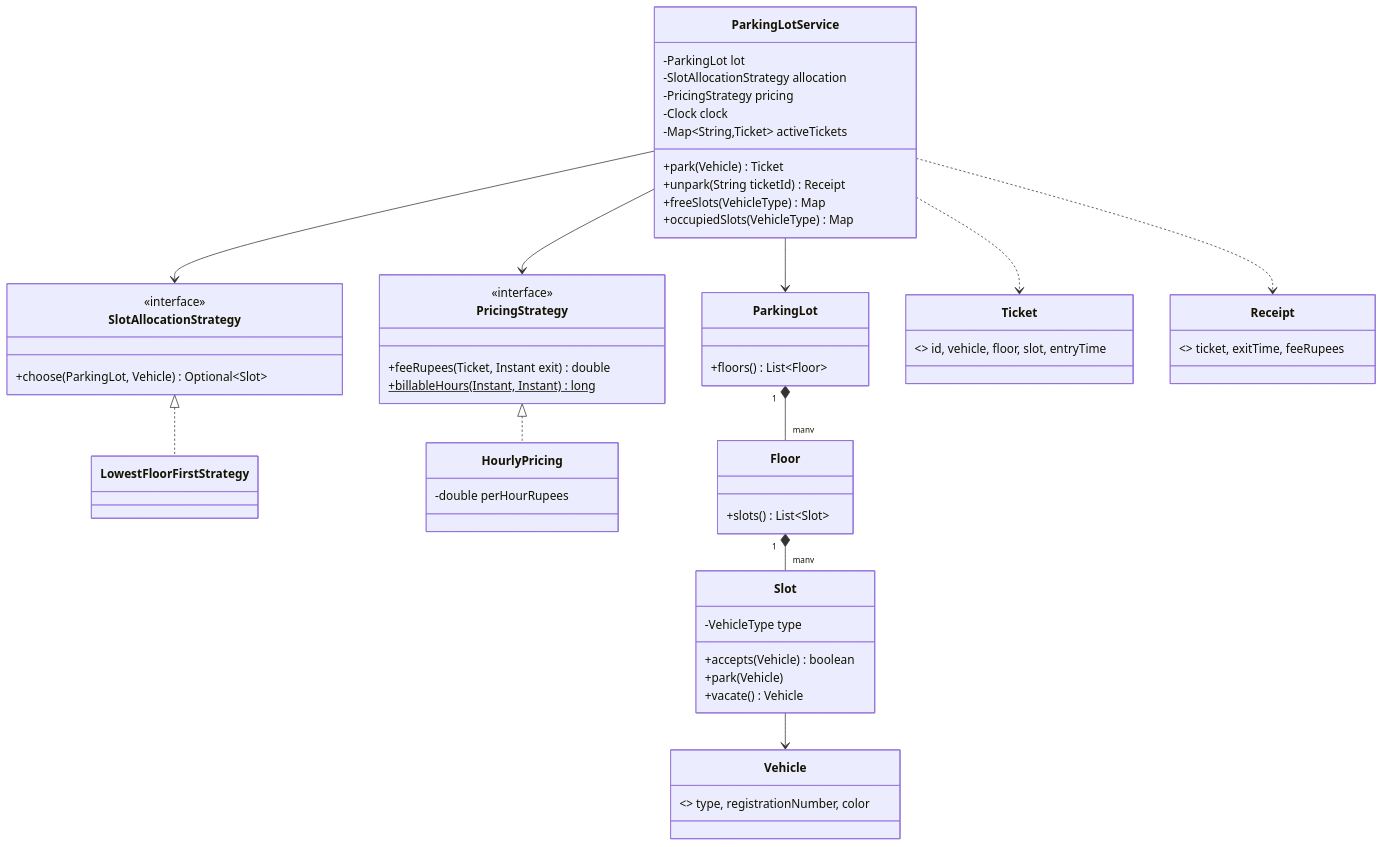
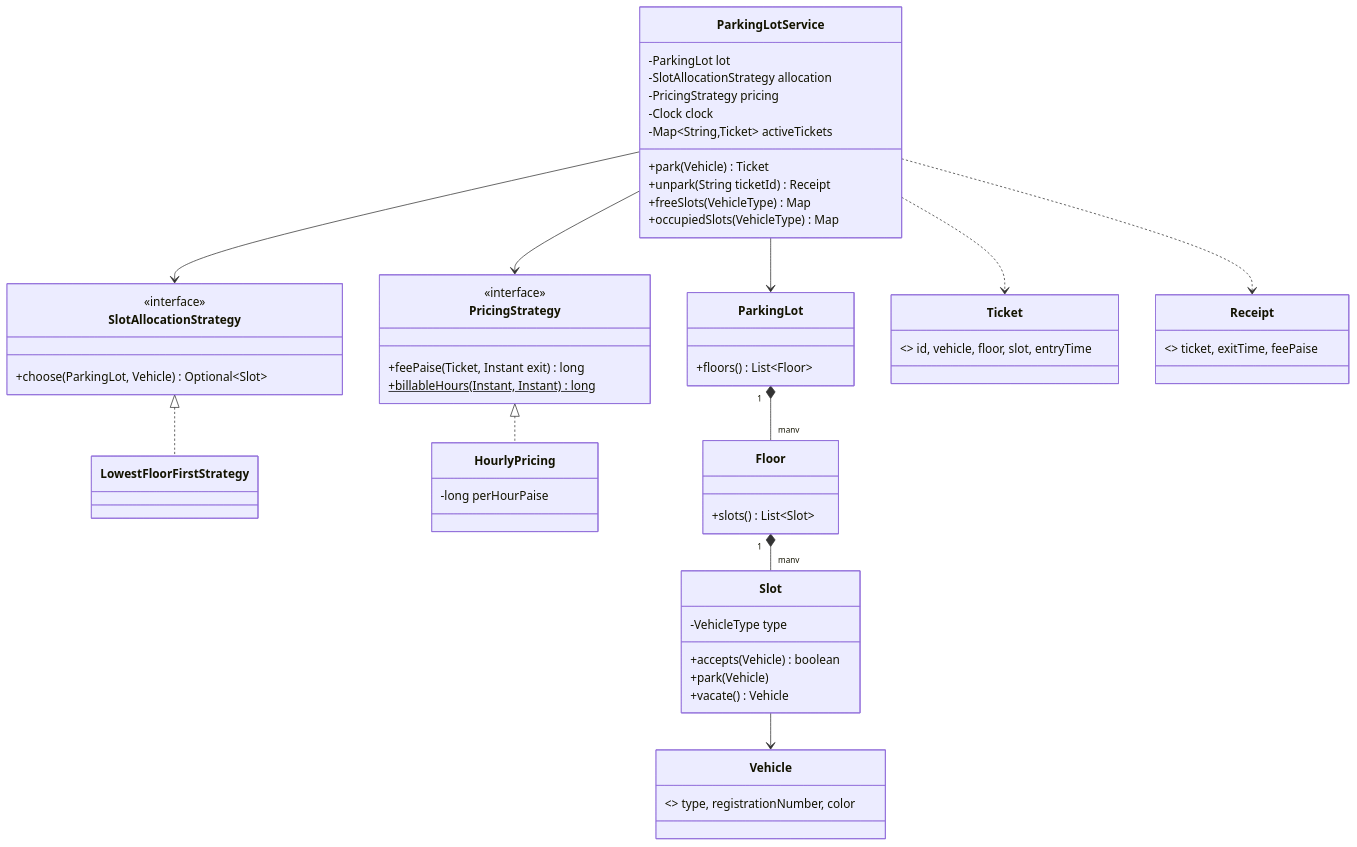
Before and after one commit to zekkrron/cs-knowledge-base: the first of 7 diagrams in LLD/Problems/01 - Parking Lot.md, drawn with Mermaid. The commit also changed other lines of this file and 55 other files, not shown here.

Commit message:
HLD: diagram per version rule, ladder diagrams for Seat Booking and URL Shortener, remove old-format problems and Netflix note; LLD: diagram per extension, parking lot money back to paise

````diff
--- a/LLD/Problems/01 - Parking Lot.md
+++ b/LLD/Problems/01 - Parking Lot.md
@@ -84,46 +84,46 @@
 ```mermaid
 classDiagram
     class ParkingLotService {
         -ParkingLot lot
         -SlotAllocationStrategy allocation
         -PricingStrategy pricing
         -Clock clock
         -Map~String,Ticket~ activeTickets
         +park(Vehicle) Ticket
         +unpark(String ticketId) Receipt
         +freeSlots(VehicleType) Map
         +occupiedSlots(VehicleType) Map
     }
     class SlotAllocationStrategy {
         <<interface>>
         +choose(ParkingLot, Vehicle) Optional~Slot~
     }
     class LowestFloorFirstStrategy
     class PricingStrategy {
         <<interface>>
-        +feeRupees(Ticket, Instant exit) double
+        +feePaise(Ticket, Instant exit) long
         +billableHours(Instant, Instant)$ long
     }
-    class HourlyPricing { -double perHourRupees }
+    class HourlyPricing { -long perHourPaise }
     class ParkingLot { +floors() List~Floor~ }
     class Floor { +slots() List~Slot~ }
     class Slot {
         -VehicleType type
         +accepts(Vehicle) boolean
         +park(Vehicle)
         +vacate() Vehicle
     }
     class Ticket { <<record>> id, vehicle, floor, slot, entryTime }
-    class Receipt { <<record>> ticket, exitTime, feeRupees }
+    class Receipt { <<record>> ticket, exitTime, feePaise }
     class Vehicle { <<record>> type, registrationNumber, color }
     ParkingLotService --> ParkingLot
     ParkingLotService --> SlotAllocationStrategy
     ParkingLotService --> PricingStrategy
     SlotAllocationStrategy <|.. LowestFloorFirstStrategy
     PricingStrategy <|.. HourlyPricing
     ParkingLot "1" *-- "many" Floor
     Floor "1" *-- "many" Slot
     Slot --> Vehicle
     ParkingLotService ..> Ticket
     ParkingLotService ..> Receipt
 ```
````
